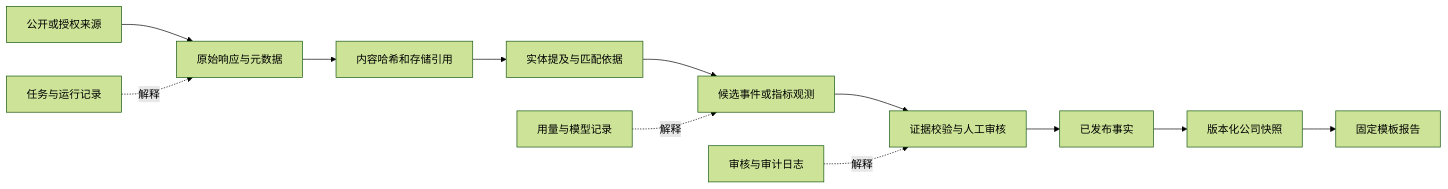
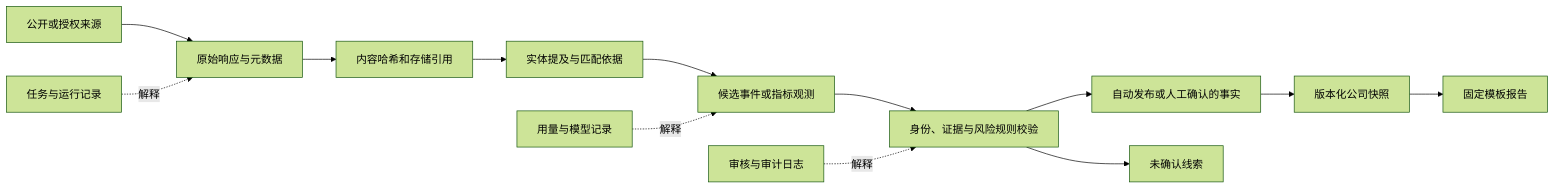
The second of 2 diagrams in docs/03-database-design.md (daiphoon/dealflow-radar), drawn with Mermaid (forest theme) before and after one commit. The commit also changed other lines of this file and 32 other files, not shown here.

````diff
--- a/docs/03-database-design.md
+++ b/docs/03-database-design.md
@@ -112,14 +113,15 @@
 ```mermaid
 flowchart LR
   X[公开或授权来源] --> R[原始响应与元数据]
   R --> H[内容哈希和存储引用]
   H --> M[实体提及与匹配依据]
   M --> C[候选事件或指标观测]
-  C --> V[证据校验与人工审核]
-  V --> P[已发布事实]
+  C --> V[身份、证据与风险规则校验]
+  V --> P[自动发布或人工确认的事实]
+  V --> L[未确认线索]
   P --> S[版本化公司快照]
   S --> G[固定模板报告]
   J[任务与运行记录] -.解释.-> R
   U[用量与模型记录] -.解释.-> C
   A[审核与审计日志] -.解释.-> V
 ```
````
